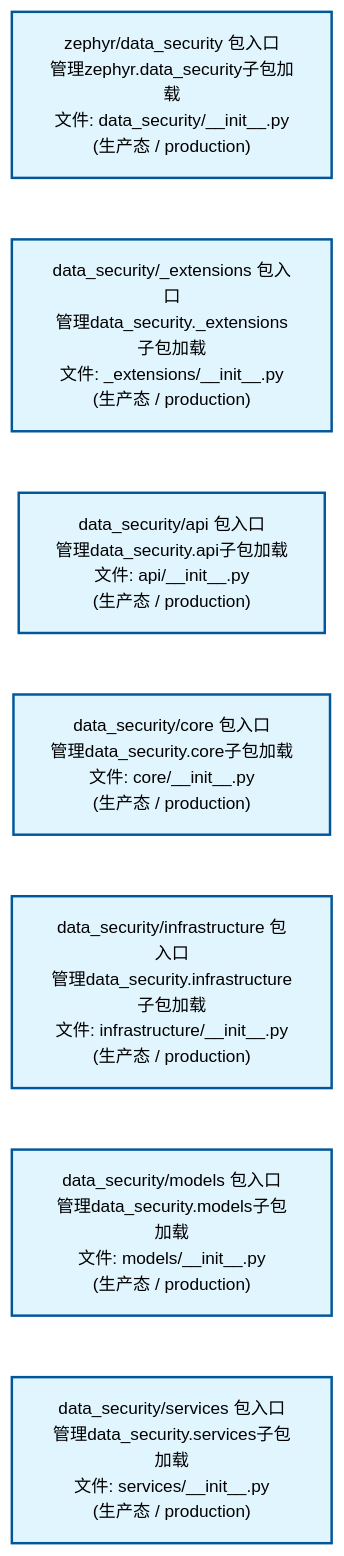
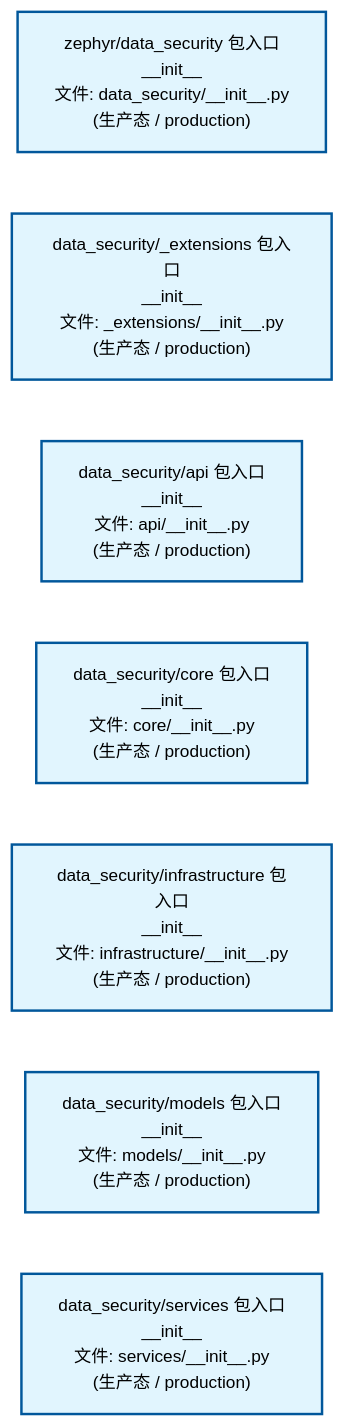
Before and after one commit to xuanFelixVan/ZephyrAlpha: the first of 2 diagrams in docs/02_enterprise_architecture/02_domain_architecture_docs/14_d_data_sec.md, drawn with Mermaid. The commit also changed other lines of this file and 56 other files, not shown here.

````diff
--- a/docs/02_enterprise_architecture/02_domain_architecture_docs/14_d_data_sec.md
+++ b/docs/02_enterprise_architecture/02_domain_architecture_docs/14_d_data_sec.md
@@ -53,22 +53,22 @@
 ```mermaid
 %%{init: {'theme': 'base', 'themeVariables': {'primaryColor': '#eaeaea', 'primaryTextColor': '#333333', 'primaryBorderColor': '#666666', 'lineColor': '#666666', 'secondaryColor': '#eaeaea', 'tertiaryColor': '#eaeaea', 'fontSize': '14px'}}}%%
 flowchart TD
-    src_zephyr_data_security_init_py["zephyr/data_security 包入口<br/>管理zephyr.data_security子包加载<br/>文件: data_security/__init__.py<br/>(生产态 / production)"]
-    src_zephyr_data_security_extensions_init_py["data_security/_extensions 包入口<br/>管理data_security._extensions子包加载<br/>文件: _extensions/__init__.py<br/>(生产态 / production)"]
-    src_zephyr_data_security_api_init_py["data_security/api 包入口<br/>管理data_security.api子包加载<br/>文件: api/__init__.py<br/>(生产态 / production)"]
-    src_zephyr_data_security_core_init_py["data_security/core 包入口<br/>管理data_security.core子包加载<br/>文件: core/__init__.py<br/>(生产态 / production)"]
-    src_zephyr_data_security_infrastructure_init_py["data_security/infrastructure 包入口<br/>管理data_security.infrastructure子包加载<br/>文件: infrastructure/__init__.py<br/>(生产态 / production)"]
-    src_zephyr_data_security_models_init_py["data_security/models 包入口<br/>管理data_security.models子包加载<br/>文件: models/__init__.py<br/>(生产态 / production)"]
-    src_zephyr_data_security_services_init_py["data_security/services 包入口<br/>管理data_security.services子包加载<br/>文件: services/__init__.py<br/>(生产态 / production)"]
+    src_zephyr_data_security_init_py["zephyr/data_security 包入口<br/>__init__<br/>文件: data_security/__init__.py<br/>(生产态 / production)"]
+    src_zephyr_data_security_extensions_init_py["data_security/_extensions 包入口<br/>__init__<br/>文件: _extensions/__init__.py<br/>(生产态 / production)"]
+    src_zephyr_data_security_api_init_py["data_security/api 包入口<br/>__init__<br/>文件: api/__init__.py<br/>(生产态 / production)"]
+    src_zephyr_data_security_core_init_py["data_security/core 包入口<br/>__init__<br/>文件: core/__init__.py<br/>(生产态 / production)"]
+    src_zephyr_data_security_infrastructure_init_py["data_security/infrastructure 包入口<br/>__init__<br/>文件: infrastructure/__init__.py<br/>(生产态 / production)"]
+    src_zephyr_data_security_models_init_py["data_security/models 包入口<br/>__init__<br/>文件: models/__init__.py<br/>(生产态 / production)"]
+    src_zephyr_data_security_services_init_py["data_security/services 包入口<br/>__init__<br/>文件: services/__init__.py<br/>(生产态 / production)"]
     src_zephyr_data_security_init_py ~~~ src_zephyr_data_security_extensions_init_py
     src_zephyr_data_security_extensions_init_py ~~~ src_zephyr_data_security_api_init_py
     src_zephyr_data_security_api_init_py ~~~ src_zephyr_data_security_core_init_py
     src_zephyr_data_security_core_init_py ~~~ src_zephyr_data_security_infrastructure_init_py
     src_zephyr_data_security_infrastructure_init_py ~~~ src_zephyr_data_security_models_init_py
     src_zephyr_data_security_models_init_py ~~~ src_zephyr_data_security_services_init_py
     classDef production fill:#e1f5fe,stroke:#01579b,stroke-width:2px,color:#000
     classDef design fill:#fff3e0,stroke:#e65100,stroke-width:2px,color:#000,stroke-dasharray: 5 5
     classDef external_prod fill:#e8f4fd,stroke:#0277bd,stroke-width:1px,color:#000
     classDef external_design fill:#fff8e7,stroke:#ef6c00,stroke-width:1px,color:#000,stroke-dasharray: 5 5
     class src_zephyr_data_security_init_py,src_zephyr_data_security_extensions_init_py,src_zephyr_data_security_api_init_py,src_zephyr_data_security_core_init_py,src_zephyr_data_security_infrastructure_init_py,src_zephyr_data_security_models_init_py,src_zephyr_data_security_services_init_py production
 ```
````
